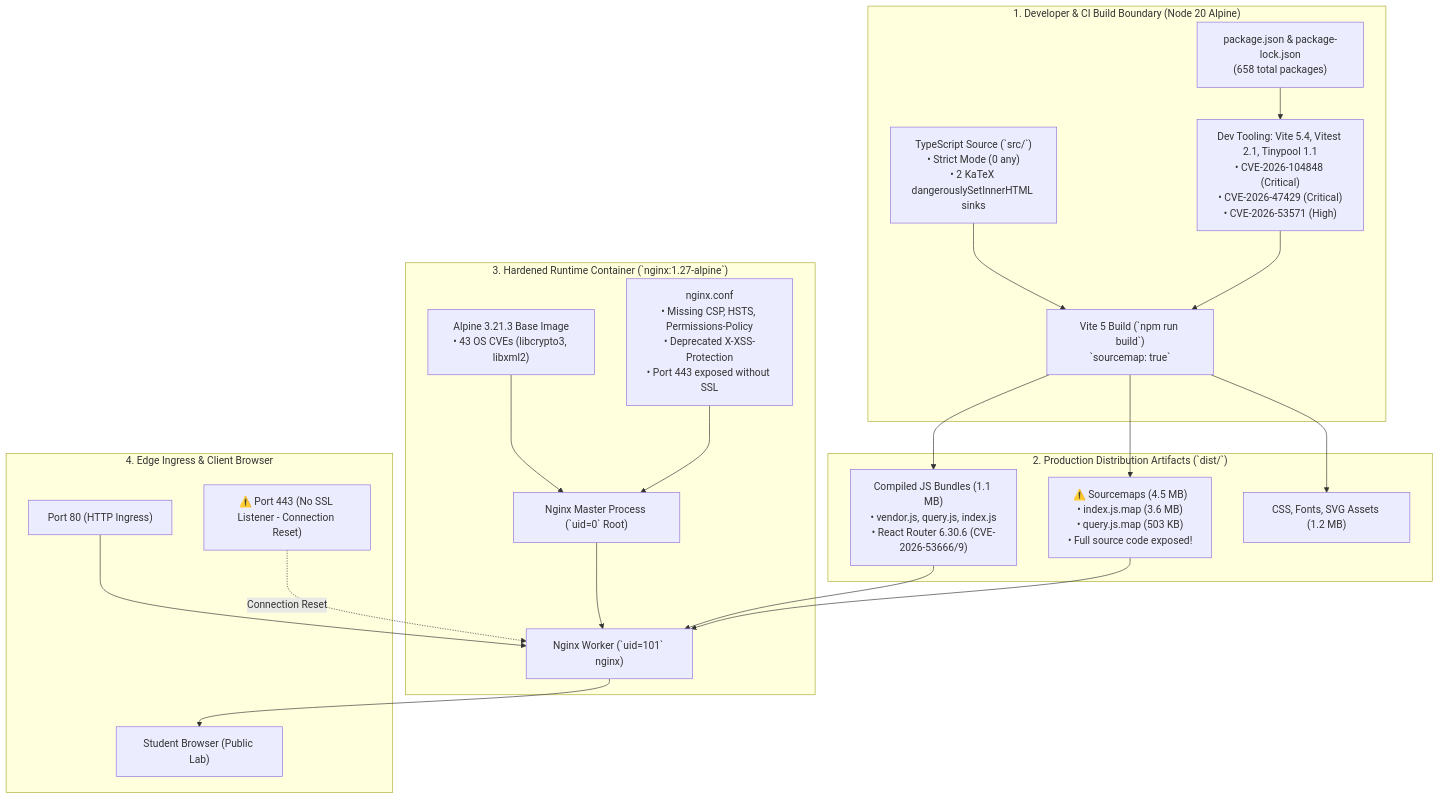
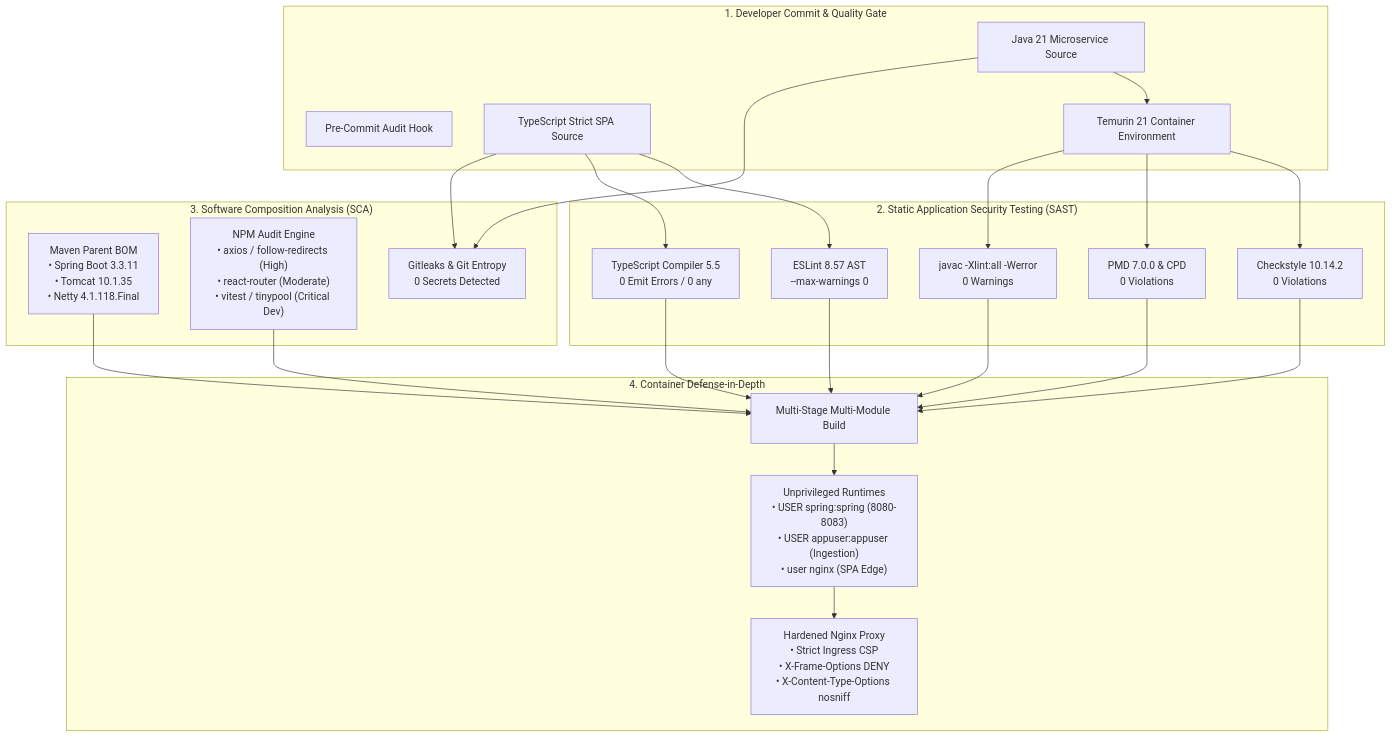
One commit to Veras-D/AprovaENEM changed the second of 3 diagrams in docs/audit/jam2-stage2-static-supply-chain.md. Above: the diagram before and after it, drawn with Mermaid. The commit also changed other lines of this file and 1 other file, not shown here.

Commit message:
docs(audit): complete stage 2 automated sast, sca and container re-audit (TASK-S6-06)

````diff
--- a/docs/audit/jam2-stage2-static-supply-chain.md
+++ b/docs/audit/jam2-stage2-static-supply-chain.md
@@ -78,46 +49,36 @@
 ```mermaid
 flowchart TD
-    subgraph BuildPipeline ["1. Developer & CI Build Boundary (Node 20 Alpine)"]
-        PkgManifest["package.json & package-lock.json<br/>(658 total packages)"]
-        BuildTools["Dev Tooling: Vite 5.4, Vitest 2.1, Tinypool 1.1<br/>• CVE-2026-104848 (Critical)<br/>• CVE-2026-47429 (Critical)<br/>• CVE-2026-53571 (High)"]
-        SrcCode["TypeScript Source (`src/`)<br/>• Strict Mode (0 any)<br/>• 2 KaTeX dangerouslySetInnerHTML sinks"]
-        Compiler["Vite 5 Build (`npm run build`)<br/>`sourcemap: true`"]
-        
-        PkgManifest --> BuildTools
-        SrcCode --> Compiler
-        BuildTools --> Compiler
+    subgraph DeveloperWorkstation ["1. Developer Commit & Quality Gate"]
+        GitHooks["Pre-Commit Audit Hook"]
+        JavaSrc["Java 21 Microservice Source"]
+        TSSrc["TypeScript Strict SPA Source"]
+        DockerEnv["Temurin 21 Container Environment"]
     end
 
-    subgraph DistArtifacts ["2. Production Distribution Artifacts (`dist/`)"]
-        JSBundle["Compiled JS Bundles (1.1 MB)<br/>• vendor.js, query.js, index.js<br/>• React Router 6.30.6 (CVE-2026-53666/9)"]
-        SourceMaps["⚠️ Sourcemaps (4.5 MB)<br/>• index.js.map (3.6 MB)<br/>• query.js.map (503 KB)<br/>• Full source code exposed!"]
-        StaticAssets["CSS, Fonts, SVG Assets (1.2 MB)"]
-        
-        Compiler --> JSBundle
-        Compiler --> SourceMaps
-        Compiler --> StaticAssets
+    subgraph StaticCodeAnalysis ["2. Static Application Security Testing (SAST)"]
+        Checkstyle["Checkstyle 10.14.2<br/>0 Violations"]
+        PMD["PMD 7.0.0 & CPD<br/>0 Violations"]
+        JavacLint["javac -Xlint:all -Werror<br/>0 Warnings"]
+        ESLint["ESLint 8.57 AST<br/>--max-warnings 0"]
+        TSC["TypeScript Compiler 5.5<br/>0 Emit Errors / 0 any"]
     end
 
-    subgraph ContainerRuntime ["3. Hardened Runtime Container (`nginx:1.27-alpine`)"]
-        NginxMaster["Nginx Master Process (`uid=0` Root)"]
-        NginxWorker["Nginx Worker (`uid=101` nginx)"]
-        BaseOS["Alpine 3.21.3 Base Image<br/>• 43 OS CVEs (libcrypto3, libxml2)"]
-        NginxConf["nginx.conf<br/>• Missing CSP, HSTS, Permissions-Policy<br/>• Deprecated X-XSS-Protection<br/>• Port 443 exposed without SSL"]
-        
-        NginxMaster --> NginxWorker
-        BaseOS --> NginxMaster
-        NginxConf --> NginxMaster
-        JSBundle --> NginxWorker
-        SourceMaps --> NginxWorker
+    subgraph SupplyChainAudit ["3. Software Composition Analysis (SCA)"]
+        MavenBOM["Maven Parent BOM<br/>• Spring Boot 3.3.11<br/>• Tomcat 10.1.35<br/>• Netty 4.1.118.Final"]
+        NPMAudit["NPM Audit Engine<br/>• axios / follow-redirects (High)<br/>• react-router (Moderate)<br/>• vitest / tinypool (Critical Dev)"]
+        SecretScan["Gitleaks & Git Entropy<br/>0 Secrets Detected"]
     end
 
-    subgraph ClientIngress ["4. Edge Ingress & Client Browser"]
-        HTTPPort["Port 80 (HTTP Ingress)"]
-        HTTPSPort["⚠️ Port 443 (No SSL Listener - Connection Reset)"]
-        ClientBrowser["Student Browser (Public Lab)"]
-        
-        HTTPPort --> NginxWorker
-        HTTPSPort -.->|Connection Reset| NginxWorker
-        NginxWorker --> ClientBrowser
+    subgraph ContainerHardening ["4. Container Defense-in-Depth"]
+        MultiStage["Multi-Stage Multi-Module Build"]
+        NonRootUser["Unprivileged Runtimes<br/>• USER spring:spring (8080-8083)<br/>• USER appuser:appuser (Ingestion)<br/>• user nginx (SPA Edge)"]
+        NginxIngress["Hardened Nginx Proxy<br/>• Strict Ingress CSP<br/>• X-Frame-Options DENY<br/>• X-Content-Type-Options nosniff"]
     end
+
+    JavaSrc --> DockerEnv --> Checkstyle & PMD & JavacLint
+    TSSrc --> ESLint & TSC
+    JavaSrc & TSSrc --> SecretScan
+    MavenBOM & NPMAudit --> MultiStage
+    Checkstyle & PMD & JavacLint & ESLint & TSC --> MultiStage
+    MultiStage --> NonRootUser --> NginxIngress
 ```
````
